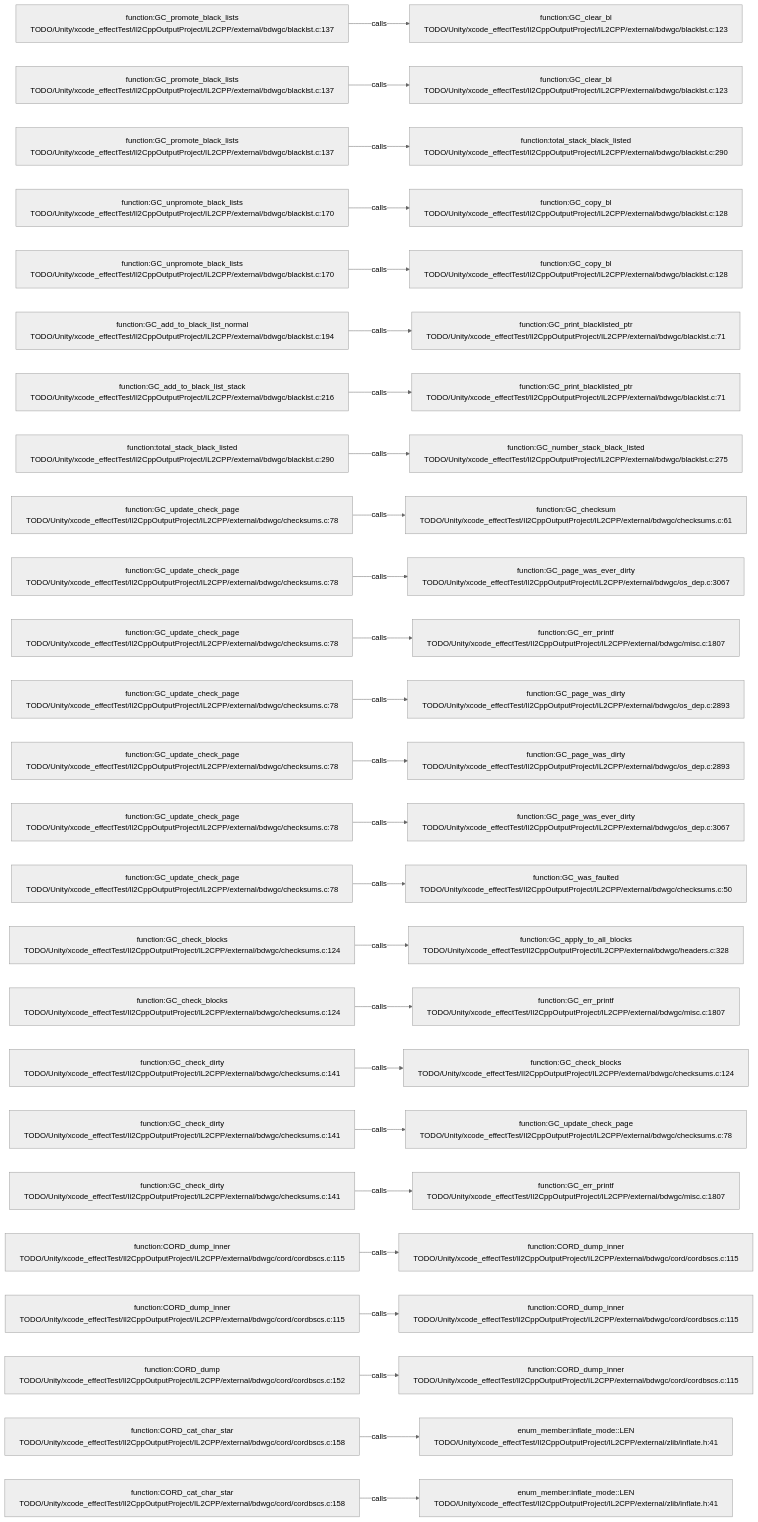
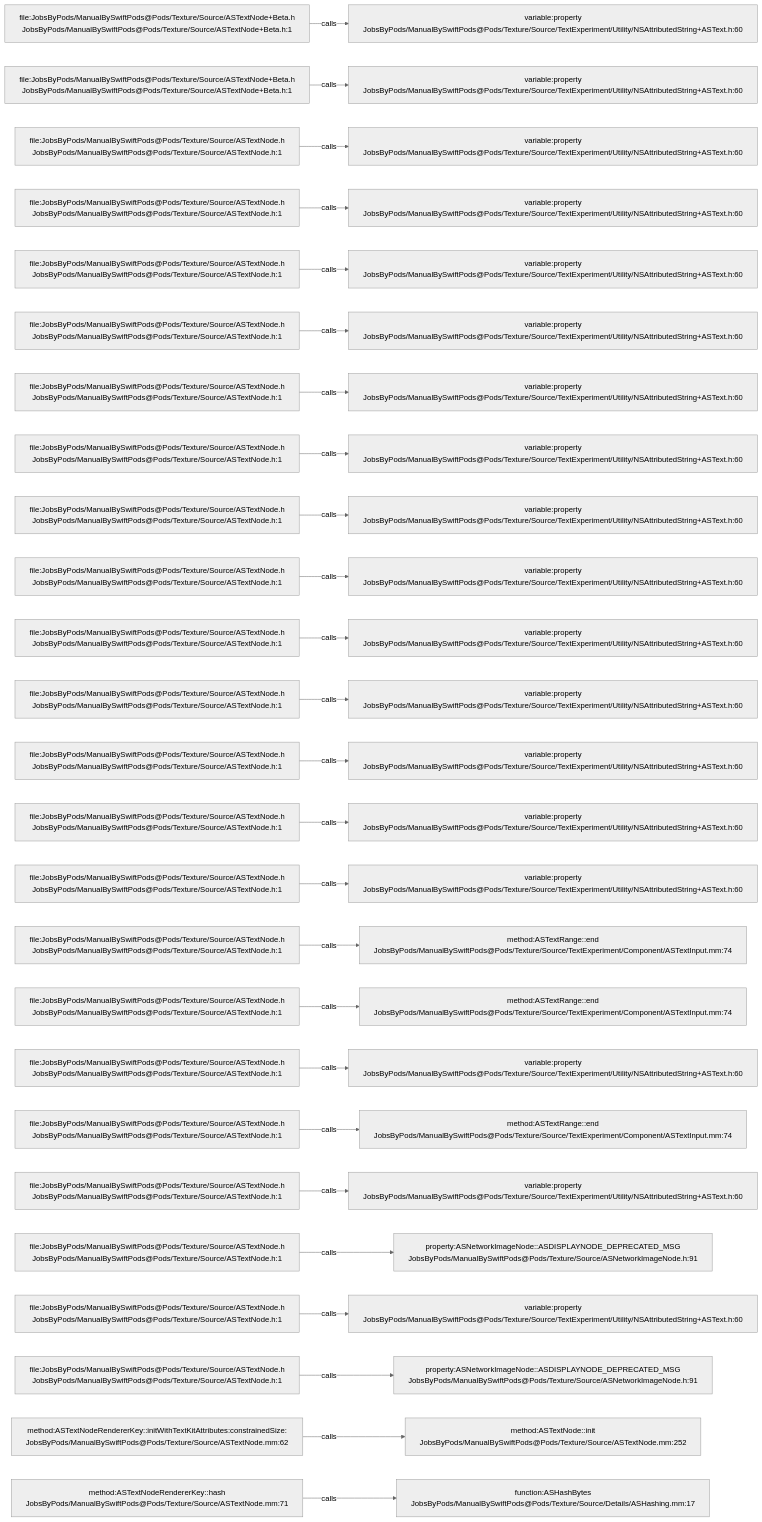
Before and after one commit to JobsKits/JobsSwiftBaseConfigDemo: the diagram in .codegraph/codegraph.md/graphs/calls-083.md, drawn with Mermaid (neutral theme). The commit also changed 2959 other files, not shown here.

````diff
--- a/.codegraph/codegraph.md/graphs/calls-083.md
+++ b/.codegraph/codegraph.md/graphs/calls-083.md
@@ -13,78 +13,78 @@
 ```mermaid
 flowchart LR
-  S1["function:GC_promote_black_lists<br/>TODO/Unity/xcode_effectTest/Il2CppOutputProject/IL2CPP/external/bdwgc/blacklst.c:137"]
-  T1["function:GC_clear_bl<br/>TODO/Unity/xcode_effectTest/Il2CppOutputProject/IL2CPP/external/bdwgc/blacklst.c:123"]
+  S1["file:JobsByPods/ManualBySwiftPods@Pods/Texture/Source/ASTextNode+Beta.h<br/>JobsByPods/ManualBySwiftPods@Pods/Texture/Source/ASTextNode+Beta.h:1"]
+  T1["variable:property<br/>JobsByPods/ManualBySwiftPods@Pods/Texture/Source/TextExperiment/Utility/NSAttributedString+ASText.h:60"]
   S1 -->|calls| T1
-  S2["function:GC_promote_black_lists<br/>TODO/Unity/xcode_effectTest/Il2CppOutputProject/IL2CPP/external/bdwgc/blacklst.c:137"]
-  T2["function:GC_clear_bl<br/>TODO/Unity/xcode_effectTest/Il2CppOutputProject/IL2CPP/external/bdwgc/blacklst.c:123"]
+  S2["file:JobsByPods/ManualBySwiftPods@Pods/Texture/Source/ASTextNode+Beta.h<br/>JobsByPods/ManualBySwiftPods@Pods/Texture/Source/ASTextNode+Beta.h:1"]
+  T2["variable:property<br/>JobsByPods/ManualBySwiftPods@Pods/Texture/Source/TextExperiment/Utility/NSAttributedString+ASText.h:60"]
   S2 -->|calls| T2
-  S3["function:GC_promote_black_lists<br/>TODO/Unity/xcode_effectTest/Il2CppOutputProject/IL2CPP/external/bdwgc/blacklst.c:137"]
-  T3["function:total_stack_black_listed<br/>TODO/Unity/xcode_effectTest/Il2CppOutputProject/IL2CPP/external/bdwgc/blacklst.c:290"]
+  S3["file:JobsByPods/ManualBySwiftPods@Pods/Texture/Source/ASTextNode.h<br/>JobsByPods/ManualBySwiftPods@Pods/Texture/Source/ASTextNode.h:1"]
+  T3["variable:property<br/>JobsByPods/ManualBySwiftPods@Pods/Texture/Source/TextExperiment/Utility/NSAttributedString+ASText.h:60"]
   S3 -->|calls| T3
-  S4["function:GC_unpromote_black_lists<br/>TODO/Unity/xcode_effectTest/Il2CppOutputProject/IL2CPP/external/bdwgc/blacklst.c:170"]
-  T4["function:GC_copy_bl<br/>TODO/Unity/xcode_effectTest/Il2CppOutputProject/IL2CPP/external/bdwgc/blacklst.c:128"]
+  S4["file:JobsByPods/ManualBySwiftPods@Pods/Texture/Source/ASTextNode.h<br/>JobsByPods/ManualBySwiftPods@Pods/Texture/Source/ASTextNode.h:1"]
+  T4["variable:property<br/>JobsByPods/ManualBySwiftPods@Pods/Texture/Source/TextExperiment/Utility/NSAttributedString+ASText.h:60"]
   S4 -->|calls| T4
-  S5["function:GC_unpromote_black_lists<br/>TODO/Unity/xcode_effectTest/Il2CppOutputProject/IL2CPP/external/bdwgc/blacklst.c:170"]
-  T5["function:GC_copy_bl<br/>TODO/Unity/xcode_effectTest/Il2CppOutputProject/IL2CPP/external/bdwgc/blacklst.c:128"]
+  S5["file:JobsByPods/ManualBySwiftPods@Pods/Texture/Source/ASTextNode.h<br/>JobsByPods/ManualBySwiftPods@Pods/Texture/Source/ASTextNode.h:1"]
+  T5["variable:property<br/>JobsByPods/ManualBySwiftPods@Pods/Texture/Source/TextExperiment/Utility/NSAttributedString+ASText.h:60"]
   S5 -->|calls| T5
-  S6["function:GC_add_to_black_list_normal<br/>TODO/Unity/xcode_effectTest/Il2CppOutputProject/IL2CPP/external/bdwgc/blacklst.c:194"]
-  T6["function:GC_print_blacklisted_ptr<br/>TODO/Unity/xcode_effectTest/Il2CppOutputProject/IL2CPP/external/bdwgc/blacklst.c:71"]
+  S6["file:JobsByPods/ManualBySwiftPods@Pods/Texture/Source/ASTextNode.h<br/>JobsByPods/ManualBySwiftPods@Pods/Texture/Source/ASTextNode.h:1"]
+  T6["variable:property<br/>JobsByPods/ManualBySwiftPods@Pods/Texture/Source/TextExperiment/Utility/NSAttributedString+ASText.h:60"]
   S6 -->|calls| T6
-  S7["function:GC_add_to_black_list_stack<br/>TODO/Unity/xcode_effectTest/Il2CppOutputProject/IL2CPP/external/bdwgc/blacklst.c:216"]
-  T7["function:GC_print_blacklisted_ptr<br/>TODO/Unity/xcode_effectTest/Il2CppOutputProject/IL2CPP/external/bdwgc/blacklst.c:71"]
+  S7["file:JobsByPods/ManualBySwiftPods@Pods/Texture/Source/ASTextNode.h<br/>JobsByPods/ManualBySwiftPods@Pods/Texture/Source/ASTextNode.h:1"]
+  T7["variable:property<br/>JobsByPods/ManualBySwiftPods@Pods/Texture/Source/TextExperiment/Utility/NSAttributedString+ASText.h:60"]
   S7 -->|calls| T7
-  S8["function:total_stack_black_listed<br/>TODO/Unity/xcode_effectTest/Il2CppOutputProject/IL2CPP/external/bdwgc/blacklst.c:290"]
-  T8["function:GC_number_stack_black_listed<br/>TODO/Unity/xcode_effectTest/Il2CppOutputProject/IL2CPP/external/bdwgc/blacklst.c:275"]
+  S8["file:JobsByPods/ManualBySwiftPods@Pods/Texture/Source/ASTextNode.h<br/>JobsByPods/ManualBySwiftPods@Pods/Texture/Source/ASTextNode.h:1"]
+  T8["variable:property<br/>JobsByPods/ManualBySwiftPods@Pods/Texture/Source/TextExperiment/Utility/NSAttributedString+ASText.h:60"]
   S8 -->|calls| T8
-  S9["function:GC_update_check_page<br/>TODO/Unity/xcode_effectTest/Il2CppOutputProject/IL2CPP/external/bdwgc/checksums.c:78"]
-  T9["function:GC_checksum<br/>TODO/Unity/xcode_effectTest/Il2CppOutputProject/IL2CPP/external/bdwgc/checksums.c:61"]
+  S9["file:JobsByPods/ManualBySwiftPods@Pods/Texture/Source/ASTextNode.h<br/>JobsByPods/ManualBySwiftPods@Pods/Texture/Source/ASTextNode.h:1"]
+  T9["variable:property<br/>JobsByPods/ManualBySwiftPods@Pods/Texture/Source/TextExperiment/Utility/NSAttributedString+ASText.h:60"]
   S9 -->|calls| T9
-  S10["function:GC_update_check_page<br/>TODO/Unity/xcode_effectTest/Il2CppOutputProject/IL2CPP/external/bdwgc/checksums.c:78"]
-  T10["function:GC_page_was_ever_dirty<br/>TODO/Unity/xcode_effectTest/Il2CppOutputProject/IL2CPP/external/bdwgc/os_dep.c:3067"]
+  S10["file:JobsByPods/ManualBySwiftPods@Pods/Texture/Source/ASTextNode.h<br/>JobsByPods/ManualBySwiftPods@Pods/Texture/Source/ASTextNode.h:1"]
+  T10["variable:property<br/>JobsByPods/ManualBySwiftPods@Pods/Texture/Source/TextExperiment/Utility/NSAttributedString+ASText.h:60"]
   S10 -->|calls| T10
-  S11["function:GC_update_check_page<br/>TODO/Unity/xcode_effectTest/Il2CppOutputProject/IL2CPP/external/bdwgc/checksums.c:78"]
-  T11["function:GC_err_printf<br/>TODO/Unity/xcode_effectTest/Il2CppOutputProject/IL2CPP/external/bdwgc/misc.c:1807"]
+  S11["file:JobsByPods/ManualBySwiftPods@Pods/Texture/Source/ASTextNode.h<br/>JobsByPods/ManualBySwiftPods@Pods/Texture/Source/ASTextNode.h:1"]
+  T11["variable:property<br/>JobsByPods/ManualBySwiftPods@Pods/Texture/Source/TextExperiment/Utility/NSAttributedString+ASText.h:60"]
   S11 -->|calls| T11
-  S12["function:GC_update_check_page<br/>TODO/Unity/xcode_effectTest/Il2CppOutputProject/IL2CPP/external/bdwgc/checksums.c:78"]
-  T12["function:GC_page_was_dirty<br/>TODO/Unity/xcode_effectTest/Il2CppOutputProject/IL2CPP/external/bdwgc/os_dep.c:2893"]
+  S12["file:JobsByPods/ManualBySwiftPods@Pods/Texture/Source/ASTextNode.h<br/>JobsByPods/ManualBySwiftPods@Pods/Texture/Source/ASTextNode.h:1"]
+  T12["variable:property<br/>JobsByPods/ManualBySwiftPods@Pods/Texture/Source/TextExperiment/Utility/NSAttributedString+ASText.h:60"]
   S12 -->|calls| T12
-  S13["function:GC_update_check_page<br/>TODO/Unity/xcode_effectTest/Il2CppOutputProject/IL2CPP/external/bdwgc/checksums.c:78"]
-  T13["function:GC_page_was_dirty<br/>TODO/Unity/xcode_effectTest/Il2CppOutputProject/IL2CPP/external/bdwgc/os_dep.c:2893"]
+  S13["file:JobsByPods/ManualBySwiftPods@Pods/Texture/Source/ASTextNode.h<br/>JobsByPods/ManualBySwiftPods@Pods/Texture/Source/ASTextNode.h:1"]
+  T13["variable:property<br/>JobsByPods/ManualBySwiftPods@Pods/Texture/Source/TextExperiment/Utility/NSAttributedString+ASText.h:60"]
   S13 -->|calls| T13
-  S14["function:GC_update_check_page<br/>TODO/Unity/xcode_effectTest/Il2CppOutputProject/IL2CPP/external/bdwgc/checksums.c:78"]
-  T14["function:GC_page_was_ever_dirty<br/>TODO/Unity/xcode_effectTest/Il2CppOutputProject/IL2CPP/external/bdwgc/os_dep.c:3067"]
+  S14["file:JobsByPods/ManualBySwiftPods@Pods/Texture/Source/ASTextNode.h<br/>JobsByPods/ManualBySwiftPods@Pods/Texture/Source/ASTextNode.h:1"]
+  T14["variable:property<br/>JobsByPods/ManualBySwiftPods@Pods/Texture/Source/TextExperiment/Utility/NSAttributedString+ASText.h:60"]
   S14 -->|calls| T14
-  S15["function:GC_update_check_page<br/>TODO/Unity/xcode_effectTest/Il2CppOutputProject/IL2CPP/external/bdwgc/checksums.c:78"]
-  T15["function:GC_was_faulted<br/>TODO/Unity/xcode_effectTest/Il2CppOutputProject/IL2CPP/external/bdwgc/checksums.c:50"]
+  S15["file:JobsByPods/ManualBySwiftPods@Pods/Texture/Source/ASTextNode.h<br/>JobsByPods/ManualBySwiftPods@Pods/Texture/Source/ASTextNode.h:1"]
+  T15["variable:property<br/>JobsByPods/ManualBySwiftPods@Pods/Texture/Source/TextExperiment/Utility/NSAttributedString+ASText.h:60"]
   S15 -->|calls| T15
-  S16["function:GC_check_blocks<br/>TODO/Unity/xcode_effectTest/Il2CppOutputProject/IL2CPP/external/bdwgc/checksums.c:124"]
-  T16["function:GC_apply_to_all_blocks<br/>TODO/Unity/xcode_effectTest/Il2CppOutputProject/IL2CPP/external/bdwgc/headers.c:328"]
+  S16["file:JobsByPods/ManualBySwiftPods@Pods/Texture/Source/ASTextNode.h<br/>JobsByPods/ManualBySwiftPods@Pods/Texture/Source/ASTextNode.h:1"]
+  T16["method:ASTextRange::end<br/>JobsByPods/ManualBySwiftPods@Pods/Texture/Source/TextExperiment/Component/ASTextInput.mm:74"]
   S16 -->|calls| T16
-  S17["function:GC_check_blocks<br/>TODO/Unity/xcode_effectTest/Il2CppOutputProject/IL2CPP/external/bdwgc/checksums.c:124"]
-  T17["function:GC_err_printf<br/>TODO/Unity/xcode_effectTest/Il2CppOutputProject/IL2CPP/external/bdwgc/misc.c:1807"]
+  S17["file:JobsByPods/ManualBySwiftPods@Pods/Texture/Source/ASTextNode.h<br/>JobsByPods/ManualBySwiftPods@Pods/Texture/Source/ASTextNode.h:1"]
+  T17["method:ASTextRange::end<br/>JobsByPods/ManualBySwiftPods@Pods/Texture/Source/TextExperiment/Component/ASTextInput.mm:74"]
   S17 -->|calls| T17
-  S18["function:GC_check_dirty<br/>TODO/Unity/xcode_effectTest/Il2CppOutputProject/IL2CPP/external/bdwgc/checksums.c:141"]
-  T18["function:GC_check_blocks<br/>TODO/Unity/xcode_effectTest/Il2CppOutputProject/IL2CPP/external/bdwgc/checksums.c:124"]
+  S18["file:JobsByPods/ManualBySwiftPods@Pods/Texture/Source/ASTextNode.h<br/>JobsByPods/ManualBySwiftPods@Pods/Texture/Source/ASTextNode.h:1"]
+  T18["variable:property<br/>JobsByPods/ManualBySwiftPods@Pods/Texture/Source/TextExperiment/Utility/NSAttributedString+ASText.h:60"]
   S18 -->|calls| T18
-  S19["function:GC_check_dirty<br/>TODO/Unity/xcode_effectTest/Il2CppOutputProject/IL2CPP/external/bdwgc/checksums.c:141"]
-  T19["function:GC_update_check_page<br/>TODO/Unity/xcode_effectTest/Il2CppOutputProject/IL2CPP/external/bdwgc/checksums.c:78"]
+  S19["file:JobsByPods/ManualBySwiftPods@Pods/Texture/Source/ASTextNode.h<br/>JobsByPods/ManualBySwiftPods@Pods/Texture/Source/ASTextNode.h:1"]
+  T19["method:ASTextRange::end<br/>JobsByPods/ManualBySwiftPods@Pods/Texture/Source/TextExperiment/Component/ASTextInput.mm:74"]
   S19 -->|calls| T19
-  S20["function:GC_check_dirty<br/>TODO/Unity/xcode_effectTest/Il2CppOutputProject/IL2CPP/external/bdwgc/checksums.c:141"]
-  T20["function:GC_err_printf<br/>TODO/Unity/xcode_effectTest/Il2CppOutputProject/IL2CPP/external/bdwgc/misc.c:1807"]
+  S20["file:JobsByPods/ManualBySwiftPods@Pods/Texture/Source/ASTextNode.h<br/>JobsByPods/ManualBySwiftPods@Pods/Texture/Source/ASTextNode.h:1"]
+  T20["variable:property<br/>JobsByPods/ManualBySwiftPods@Pods/Texture/Source/TextExperiment/Utility/NSAttributedString+ASText.h:60"]
   S20 -->|calls| T20
-  S21["function:CORD_dump_inner<br/>TODO/Unity/xcode_effectTest/Il2CppOutputProject/IL2CPP/external/bdwgc/cord/cordbscs.c:115"]
-  T21["function:CORD_dump_inner<br/>TODO/Unity/xcode_effectTest/Il2CppOutputProject/IL2CPP/external/bdwgc/cord/cordbscs.c:115"]
+  S21["file:JobsByPods/ManualBySwiftPods@Pods/Texture/Source/ASTextNode.h<br/>JobsByPods/ManualBySwiftPods@Pods/Texture/Source/ASTextNode.h:1"]
+  T21["property:ASNetworkImageNode::ASDISPLAYNODE_DEPRECATED_MSG<br/>JobsByPods/ManualBySwiftPods@Pods/Texture/Source/ASNetworkImageNode.h:91"]
   S21 -->|calls| T21
-  S22["function:CORD_dump_inner<br/>TODO/Unity/xcode_effectTest/Il2CppOutputProject/IL2CPP/external/bdwgc/cord/cordbscs.c:115"]
-  T22["function:CORD_dump_inner<br/>TODO/Unity/xcode_effectTest/Il2CppOutputProject/IL2CPP/external/bdwgc/cord/cordbscs.c:115"]
+  S22["file:JobsByPods/ManualBySwiftPods@Pods/Texture/Source/ASTextNode.h<br/>JobsByPods/ManualBySwiftPods@Pods/Texture/Source/ASTextNode.h:1"]
+  T22["variable:property<br/>JobsByPods/ManualBySwiftPods@Pods/Texture/Source/TextExperiment/Utility/NSAttributedString+ASText.h:60"]
   S22 -->|calls| T22
-  S23["function:CORD_dump<br/>TODO/Unity/xcode_effectTest/Il2CppOutputProject/IL2CPP/external/bdwgc/cord/cordbscs.c:152"]
-  T23["function:CORD_dump_inner<br/>TODO/Unity/xcode_effectTest/Il2CppOutputProject/IL2CPP/external/bdwgc/cord/cordbscs.c:115"]
+  S23["file:JobsByPods/ManualBySwiftPods@Pods/Texture/Source/ASTextNode.h<br/>JobsByPods/ManualBySwiftPods@Pods/Texture/Source/ASTextNode.h:1"]
+  T23["property:ASNetworkImageNode::ASDISPLAYNODE_DEPRECATED_MSG<br/>JobsByPods/ManualBySwiftPods@Pods/Texture/Source/ASNetworkImageNode.h:91"]
   S23 -->|calls| T23
-  S24["function:CORD_cat_char_star<br/>TODO/Unity/xcode_effectTest/Il2CppOutputProject/IL2CPP/external/bdwgc/cord/cordbscs.c:158"]
-  T24["enum_member:inflate_mode::LEN<br/>TODO/Unity/xcode_effectTest/Il2CppOutputProject/IL2CPP/external/zlib/inflate.h:41"]
+  S24["method:ASTextNodeRendererKey::initWithTextKitAttributes:constrainedSize:<br/>JobsByPods/ManualBySwiftPods@Pods/Texture/Source/ASTextNode.mm:62"]
+  T24["method:ASTextNode::init<br/>JobsByPods/ManualBySwiftPods@Pods/Texture/Source/ASTextNode.mm:252"]
   S24 -->|calls| T24
-  S25["function:CORD_cat_char_star<br/>TODO/Unity/xcode_effectTest/Il2CppOutputProject/IL2CPP/external/bdwgc/cord/cordbscs.c:158"]
-  T25["enum_member:inflate_mode::LEN<br/>TODO/Unity/xcode_effectTest/Il2CppOutputProject/IL2CPP/external/zlib/inflate.h:41"]
+  S25["method:ASTextNodeRendererKey::hash<br/>JobsByPods/ManualBySwiftPods@Pods/Texture/Source/ASTextNode.mm:71"]
+  T25["function:ASHashBytes<br/>JobsByPods/ManualBySwiftPods@Pods/Texture/Source/Details/ASHashing.mm:17"]
   S25 -->|calls| T25
 ```
````
